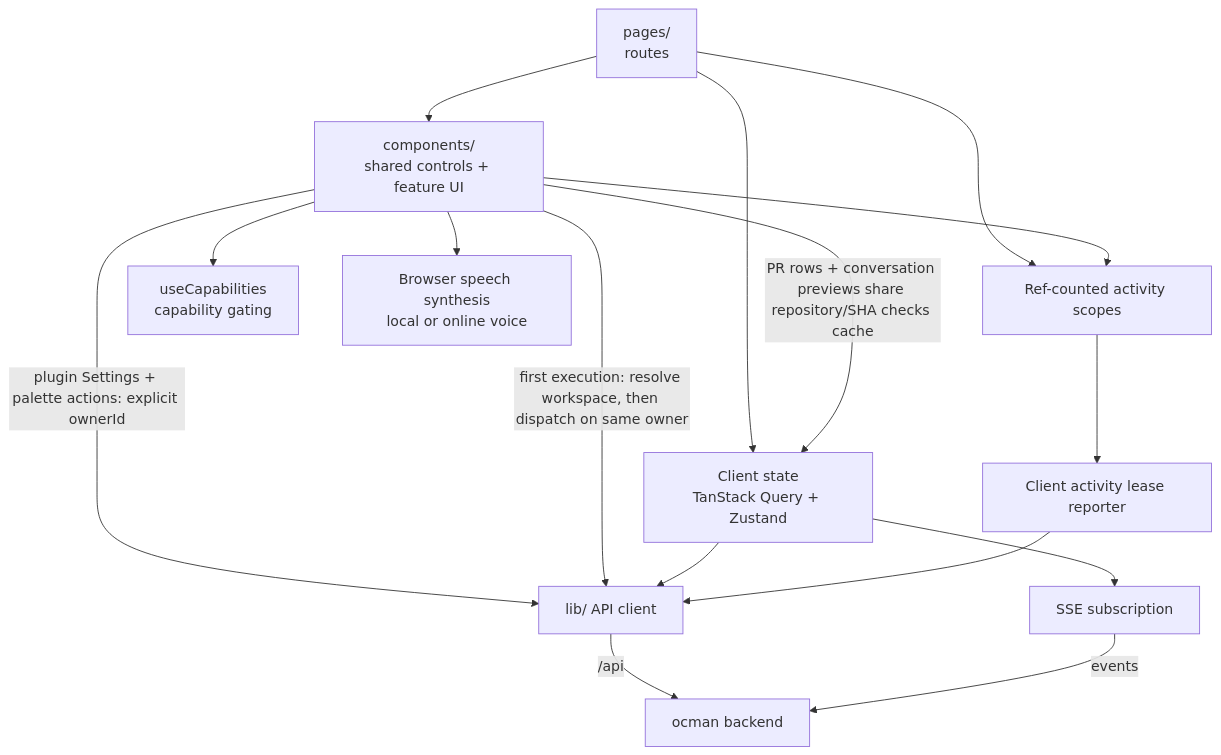
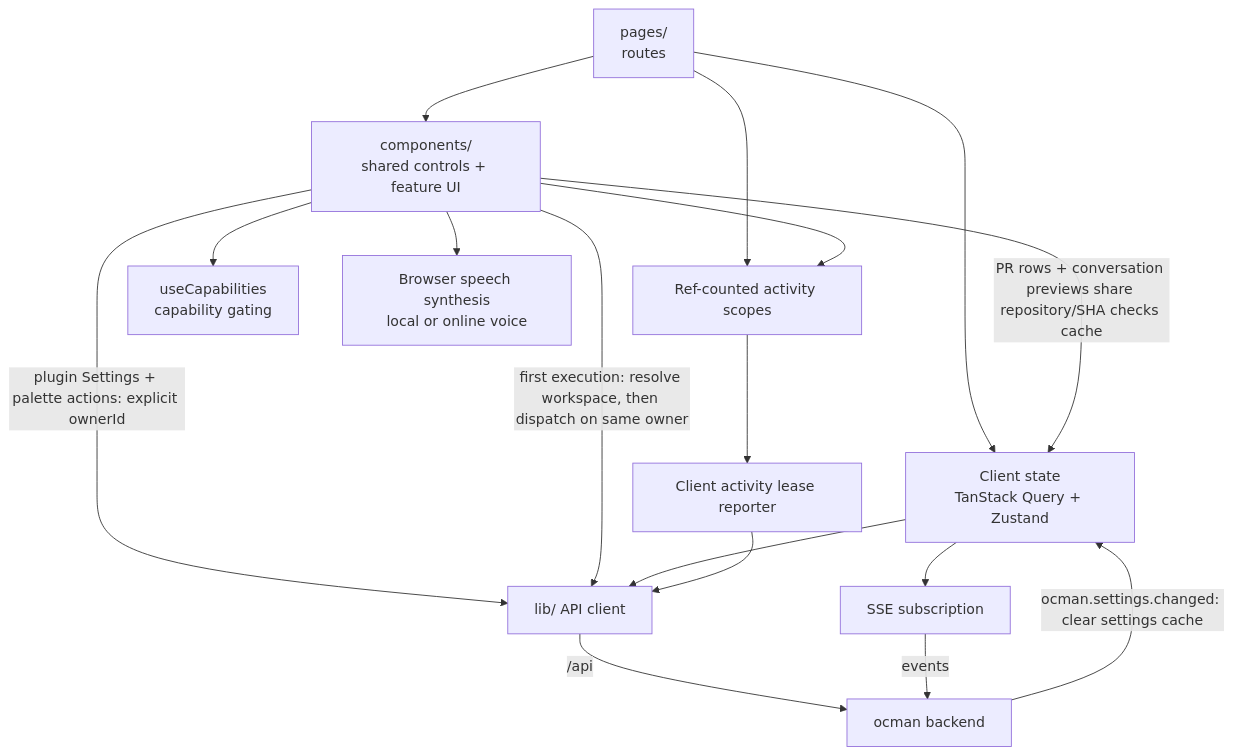
One commit to ocman/ocman changed the fourth of 5 diagrams in docs/other/architecture.md. Above: the diagram before and after it, drawn with Mermaid. The commit also changed other lines of this file and 17 other files, not shown here.

````diff
--- a/docs/other/architecture.md
+++ b/docs/other/architecture.md
@@ -452,18 +452,19 @@
 ```mermaid
 flowchart TD
     Pages[pages/<br/>routes] --> Comp[components/<br/>shared controls + feature UI]
     Pages --> Stores[Client state<br/>TanStack Query + Zustand]
     Comp -->|PR rows + conversation previews share repository/SHA checks cache| Stores
     Comp -->|plugin Settings + palette actions: explicit ownerId| API
     Comp -->|first execution: resolve workspace, then dispatch on same owner| API
     Stores --> API[lib/ API client]
     Stores --> SSE[SSE subscription]
     Pages --> Scopes[Ref-counted activity scopes]
     Comp --> Scopes
     Scopes --> Reporter[Client activity lease reporter]
     Reporter --> API
     API -->|/api| Hub[ocman backend]
     SSE -->|events| Hub
+    Hub -->|ocman.settings.changed: clear settings cache| Stores
     Comp --> Caps[useCapabilities<br/>capability gating]
     Comp --> Speech[Browser speech synthesis<br/>local or online voice]
 ```
````
